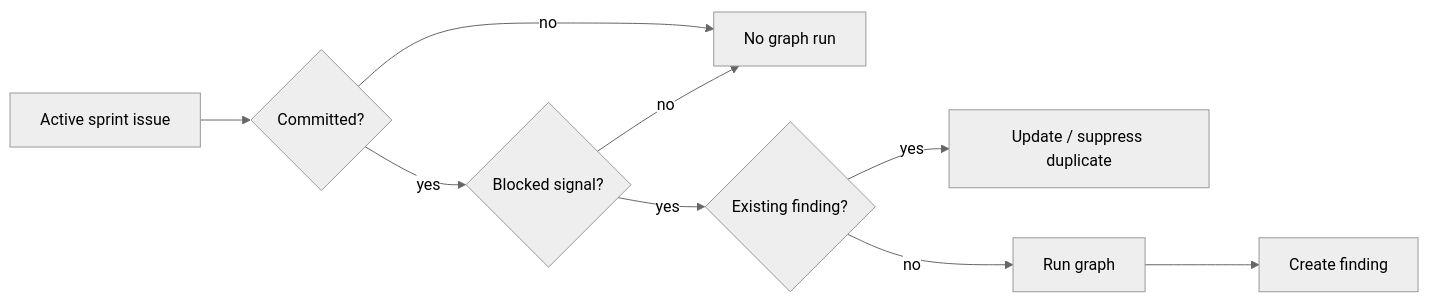
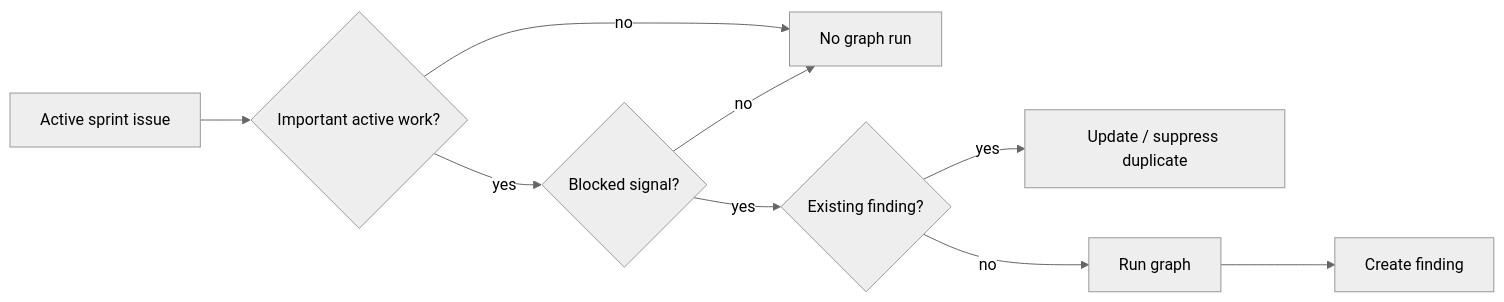
The third of 7 diagrams in my-docs/project-weeks-sot/week-5/ARCHITECTURAL_DEFENSE.md (MichaelHabermas/ship-shape), drawn with Mermaid (neutral theme) before and after one commit. The commit also changed other lines of this file and 4 other files, not shown here.

First line of the commit message:
Remove outdated architectural defense documents for FleetGraph

````diff
--- a/my-docs/project-weeks-sot/week-5/ARCHITECTURAL_DEFENSE.md
+++ b/my-docs/project-weeks-sot/week-5/ARCHITECTURAL_DEFENSE.md
@@ -77,11 +82,11 @@
 ```mermaid
 flowchart LR
-  A[Active sprint issue] --> B{Committed?}
+  A[Active sprint issue] --> B{Important active work?}
   B -->|no| Q[No graph run]
   B -->|yes| C{Blocked signal?}
   C -->|no| Q
   C -->|yes| D{Existing finding?}
   D -->|yes| U[Update / suppress duplicate]
   D -->|no| G[Run graph]
   G --> F[Create finding]
 ```
````
